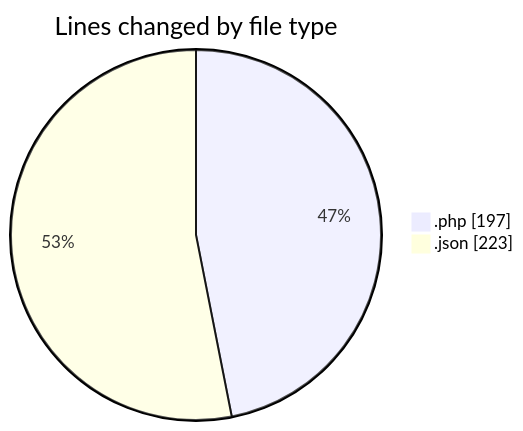
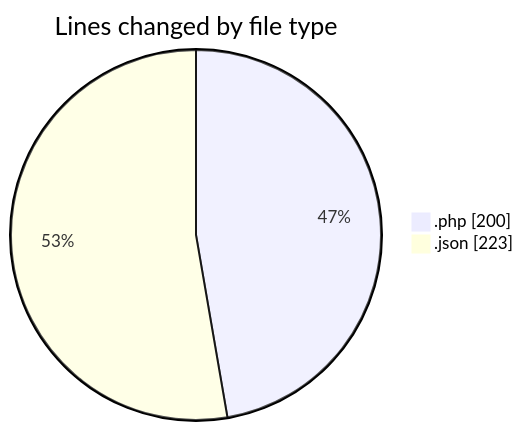
One commit to idhammustaqopulfikri/code-tracking changed the first of 2 diagrams in 2025-03-27/autodidak/README.md. Above: the diagram before and after it, drawn with Mermaid. The commit also changed other lines of this file and 1 other file, not shown here.

````diff
--- a/2025-03-27/autodidak/README.md
+++ b/2025-03-27/autodidak/README.md
@@ -23,6 +23,6 @@
 ```mermaid
 pie showData
 title Lines changed by file type
-".php" : 197
+".php" : 200
 ".json" : 223
 ```
````
